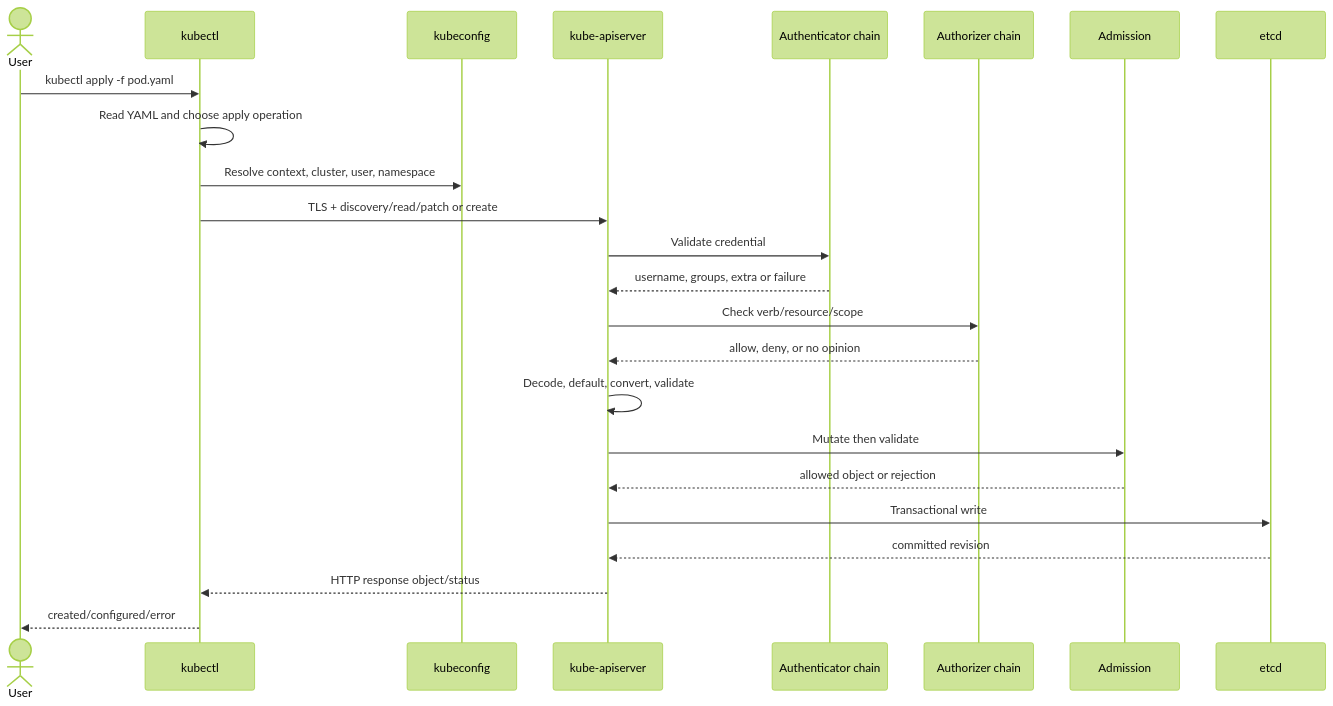
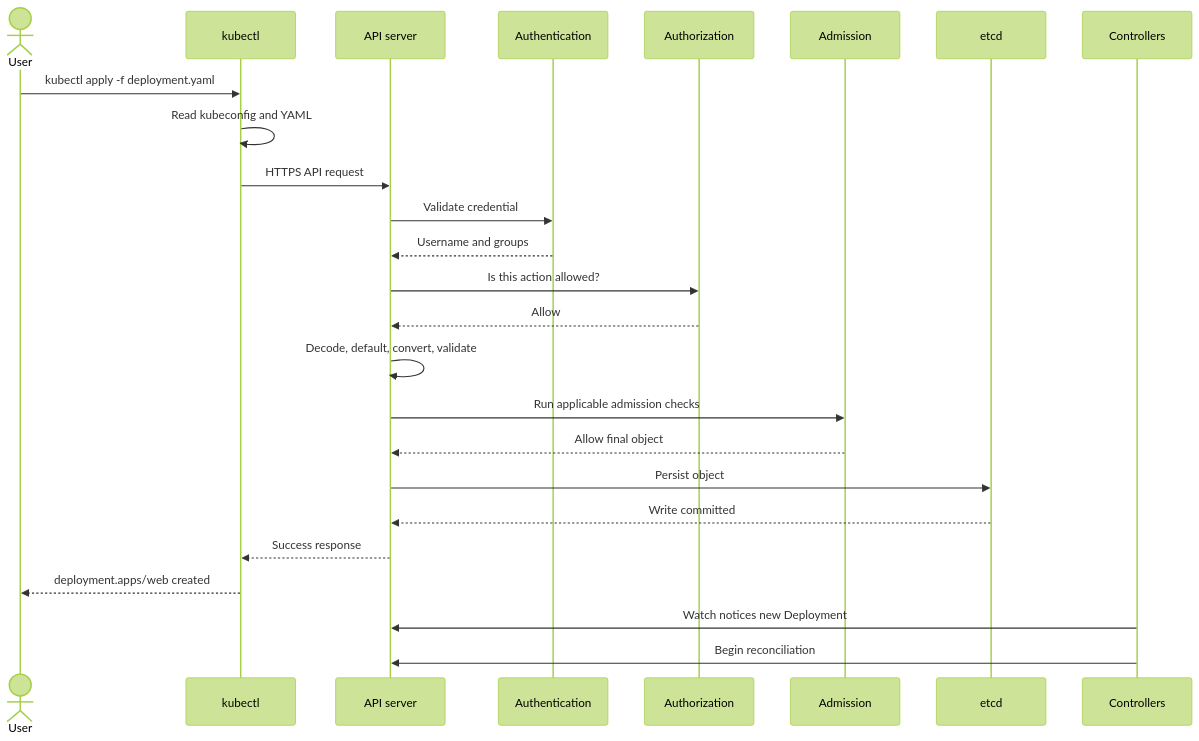
Before and after one commit to asadjan4611/K8s-Tutorial: the ninth of 29 diagrams in Day-02-README.md, drawn with Mermaid (forest theme). The commit also changed other lines of this file, not shown here.

Commit message:
docs: rewrite day 2 API and RBAC guide

````diff
--- a/Day-02-README.md
+++ b/Day-02-README.md
@@ -103,27 +942,28 @@
 ```mermaid
 sequenceDiagram
-    actor User
+    actor U as User
     participant K as kubectl
-    participant CFG as kubeconfig
-    participant API as kube-apiserver
-    participant AUTHN as Authenticator chain
-    participant AUTHZ as Authorizer chain
-    participant ADM as Admission
-    participant DB as etcd
+    participant A as API server
+    participant N as Authentication
+    participant Z as Authorization
+    participant M as Admission
+    participant E as etcd
+    participant C as Controllers
 
-    User->>K: kubectl apply -f pod.yaml
-    K->>K: Read YAML and choose apply operation
-    K->>CFG: Resolve context, cluster, user, namespace
-    K->>API: TLS + discovery/read/patch or create
-    API->>AUTHN: Validate credential
-    AUTHN-->>API: username, groups, extra or failure
-    API->>AUTHZ: Check verb/resource/scope
-    AUTHZ-->>API: allow, deny, or no opinion
-    API->>API: Decode, default, convert, validate
-    API->>ADM: Mutate then validate
-    ADM-->>API: allowed object or rejection
-    API->>DB: Transactional write
-    DB-->>API: committed revision
-    API-->>K: HTTP response object/status
-    K-->>User: created/configured/error
+    U->>K: kubectl apply -f deployment.yaml
+    K->>K: Read kubeconfig and YAML
+    K->>A: HTTPS API request
+    A->>N: Validate credential
+    N-->>A: Username and groups
+    A->>Z: Is this action allowed?
+    Z-->>A: Allow
+    A->>A: Decode, default, convert, validate
+    A->>M: Run applicable admission checks
+    M-->>A: Allow final object
+    A->>E: Persist object
+    E-->>A: Write committed
+    A-->>K: Success response
+    K-->>U: deployment.apps/web created
+    C->>A: Watch notices new Deployment
+    C->>A: Begin reconciliation
 ```
````
